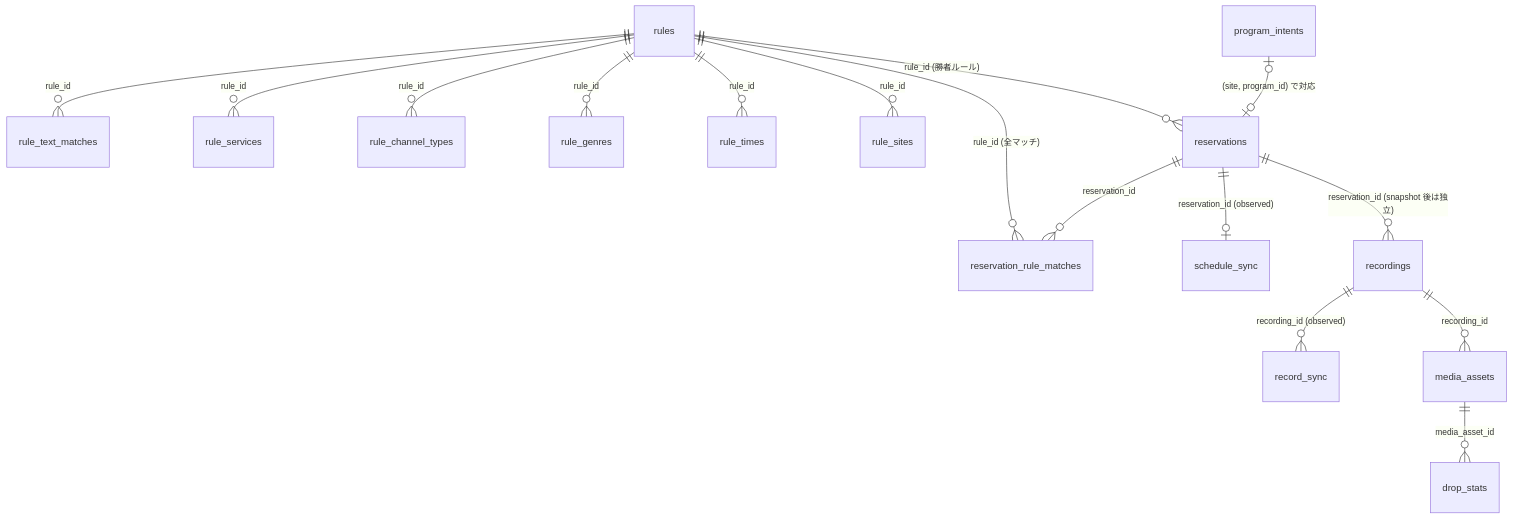
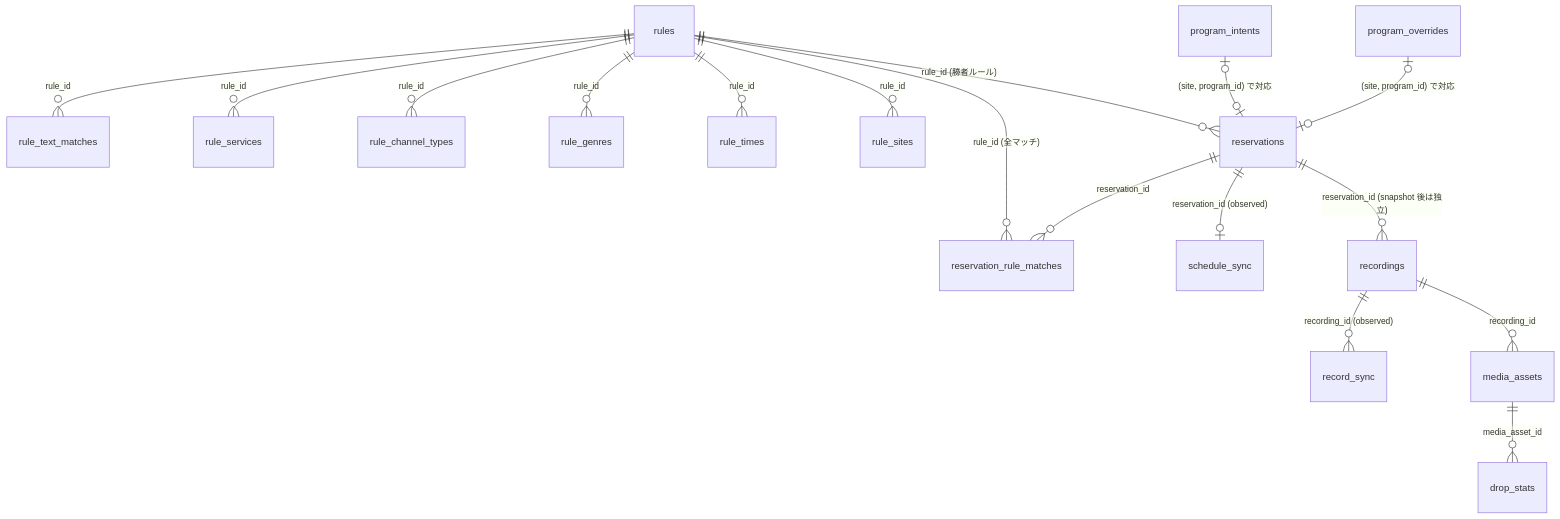
Before and after one commit to fetburner/rokuban: the diagram in docs/schema.md, drawn with Mermaid. The commit also changed other lines of this file and 1 other file, not shown here.

First line of the commit message:
docs(M2-4): overrides を program_overrides に分離し、detached のバグを記述する

````diff
--- a/docs/schema.md
+++ b/docs/schema.md
@@ -32,18 +32,19 @@
 ```mermaid
 erDiagram
     rules ||--o{ rule_text_matches : "rule_id"
     rules ||--o{ rule_services : "rule_id"
     rules ||--o{ rule_channel_types : "rule_id"
     rules ||--o{ rule_genres : "rule_id"
     rules ||--o{ rule_times : "rule_id"
     rules ||--o{ rule_sites : "rule_id"
     rules ||--o{ reservations : "rule_id (勝者ルール)"
     rules ||--o{ reservation_rule_matches : "rule_id (全マッチ)"
     reservations ||--o{ reservation_rule_matches : "reservation_id"
     program_intents |o--o| reservations : "(site, program_id) で対応"
+    program_overrides |o--o| reservations : "(site, program_id) で対応"
     reservations ||--o| schedule_sync : "reservation_id (observed)"
     reservations ||--o{ recordings : "reservation_id (snapshot 後は独立)"
     recordings ||--o{ record_sync : "recording_id (observed)"
     recordings ||--o{ media_assets : "recording_id"
     media_assets ||--o{ drop_stats : "media_asset_id"
 ```
````
